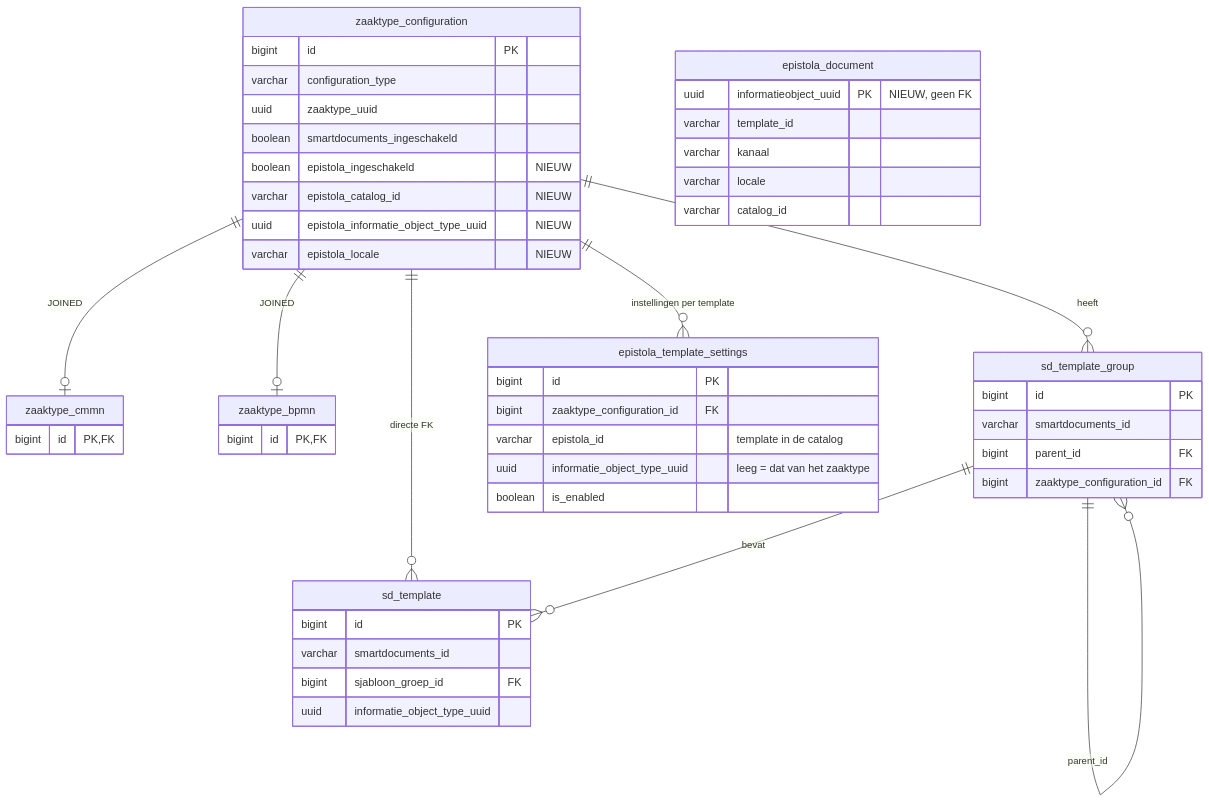
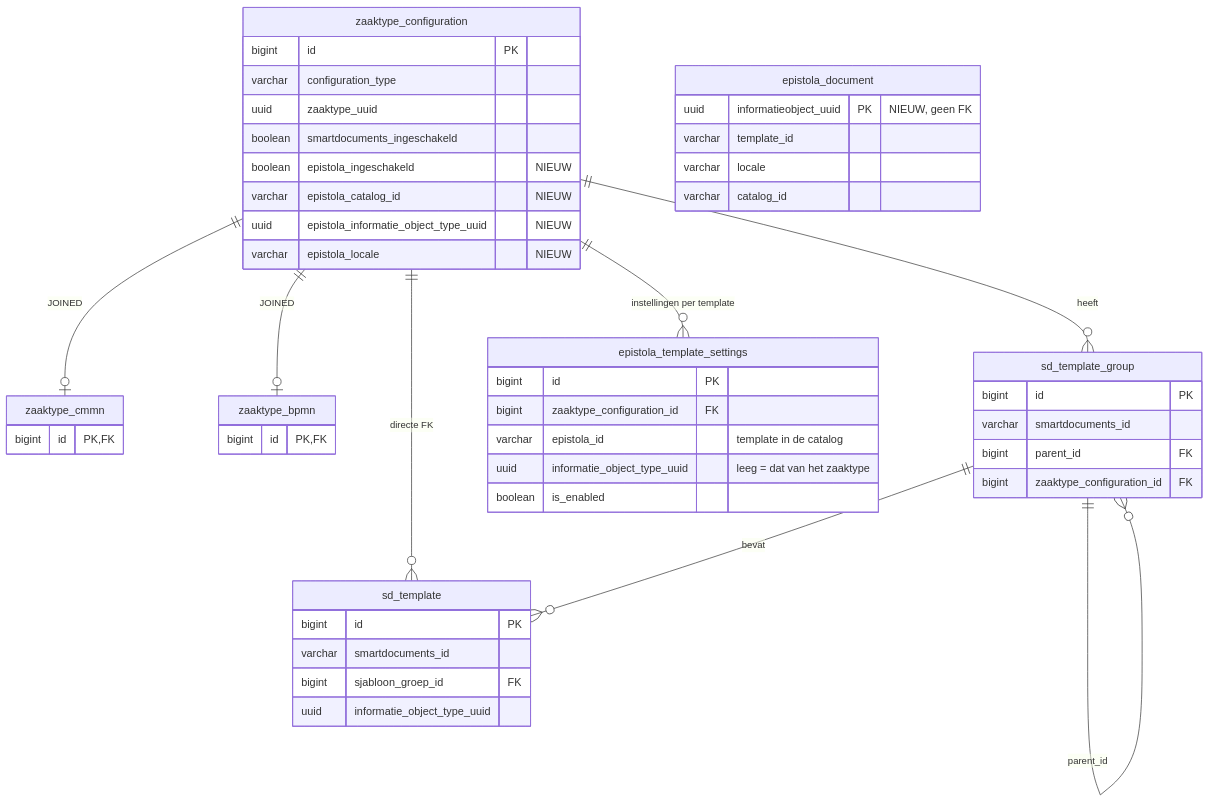
One commit to infonl/zac-epistola-prototype changed the diagram in docs/epistola/datamodel.md. Above: the diagram before and after it, drawn with Mermaid. The commit also changed other lines of this file and 64 other files, not shown here.

````diff
--- a/docs/epistola/datamodel.md
+++ b/docs/epistola/datamodel.md
@@ -25,53 +25,52 @@
 ```mermaid
 erDiagram
     zaaktype_configuration ||--o| zaaktype_cmmn : "JOINED"
     zaaktype_configuration ||--o| zaaktype_bpmn : "JOINED"
     zaaktype_configuration ||--o{ sd_template_group : heeft
     zaaktype_configuration ||--o{ sd_template : "directe FK"
     zaaktype_configuration ||--o{ epistola_template_settings : "instellingen per template"
     sd_template_group ||--o{ sd_template : bevat
     sd_template_group ||--o{ sd_template_group : parent_id
 
     zaaktype_configuration {
         bigint id PK
         varchar configuration_type
         uuid zaaktype_uuid
         boolean smartdocuments_ingeschakeld
         boolean epistola_ingeschakeld "NIEUW"
         varchar epistola_catalog_id "NIEUW"
         uuid epistola_informatie_object_type_uuid "NIEUW"
         varchar epistola_locale "NIEUW"
     }
     zaaktype_cmmn {
         bigint id PK,FK
     }
     zaaktype_bpmn {
         bigint id PK,FK
     }
     sd_template_group {
         bigint id PK
         varchar smartdocuments_id
         bigint parent_id FK
         bigint zaaktype_configuration_id FK
     }
     sd_template {
         bigint id PK
         varchar smartdocuments_id
         bigint sjabloon_groep_id FK
         uuid informatie_object_type_uuid
     }
     epistola_template_settings {
         bigint id PK
         bigint zaaktype_configuration_id FK
         varchar epistola_id "template in de catalog"
         uuid informatie_object_type_uuid "leeg = dat van het zaaktype"
         boolean is_enabled
     }
     epistola_document {
         uuid informatieobject_uuid PK "NIEUW, geen FK"
         varchar template_id
-        varchar kanaal
         varchar locale
         varchar catalog_id
     }
 ```
````
